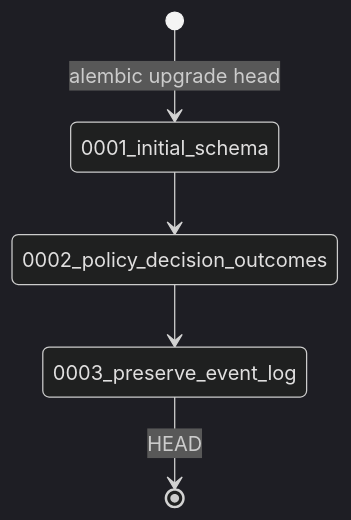
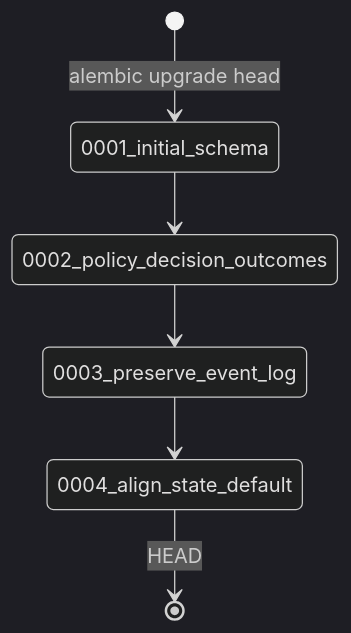
The first of 2 diagrams in docs/codebase/c4-code-backend-alembic-versions.md (NicolayBang/ApplyGo), drawn with Mermaid (dark theme) before and after one commit. The commit also changed other lines of this file and 5 other files, not shown here.

First line of the commit message:
fix(db): align audit cascade and state default

````diff
--- a/docs/codebase/c4-code-backend-alembic-versions.md
+++ b/docs/codebase/c4-code-backend-alembic-versions.md
@@ -83,7 +96,8 @@
 ```mermaid
 stateDiagram-v2
     [*] --> 0001_initial_schema : alembic upgrade head
     0001_initial_schema --> 0002_policy_decision_outcomes
     0002_policy_decision_outcomes --> 0003_preserve_event_log
-    0003_preserve_event_log --> [*] : HEAD
+    0003_preserve_event_log --> 0004_align_state_default
+    0004_align_state_default --> [*] : HEAD
 ```
````
